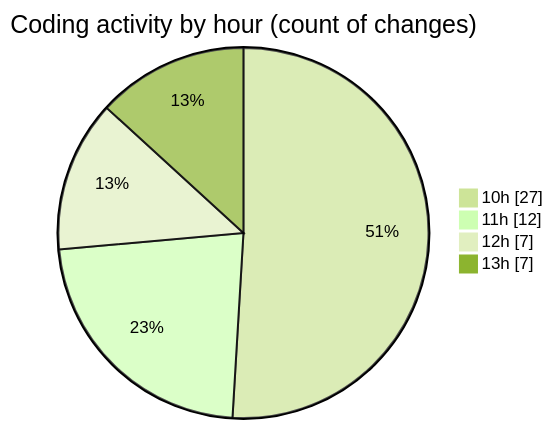
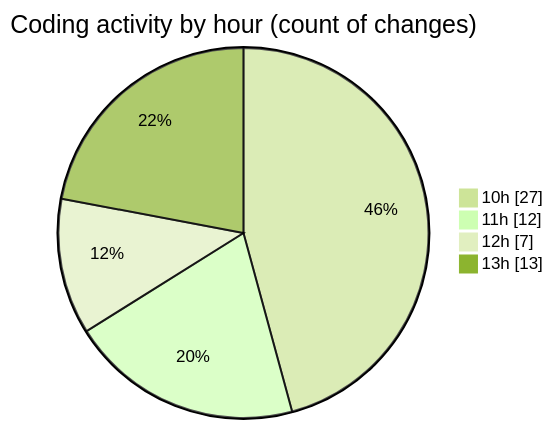
Before and after one commit to MatusMokan/code-tracking: the second of 2 diagrams in 2025-03-01/myws__workspace_/README.md, drawn with Mermaid (forest theme). The commit also changed other lines of this file and 1 other file, not shown here.

````diff
--- a/2025-03-01/myws__workspace_/README.md
+++ b/2025-03-01/myws__workspace_/README.md
@@ -36,8 +37,8 @@
 ```mermaid
 pie showData
 title Coding activity by hour (count of changes)
 "10h" : 27
 "11h" : 12
 "12h" : 7
-"13h" : 7
+"13h" : 13
 ```
````
